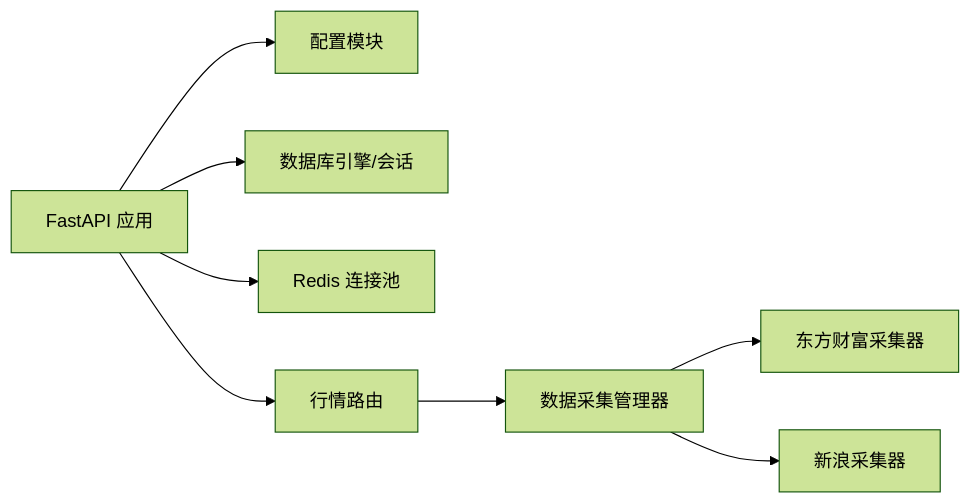
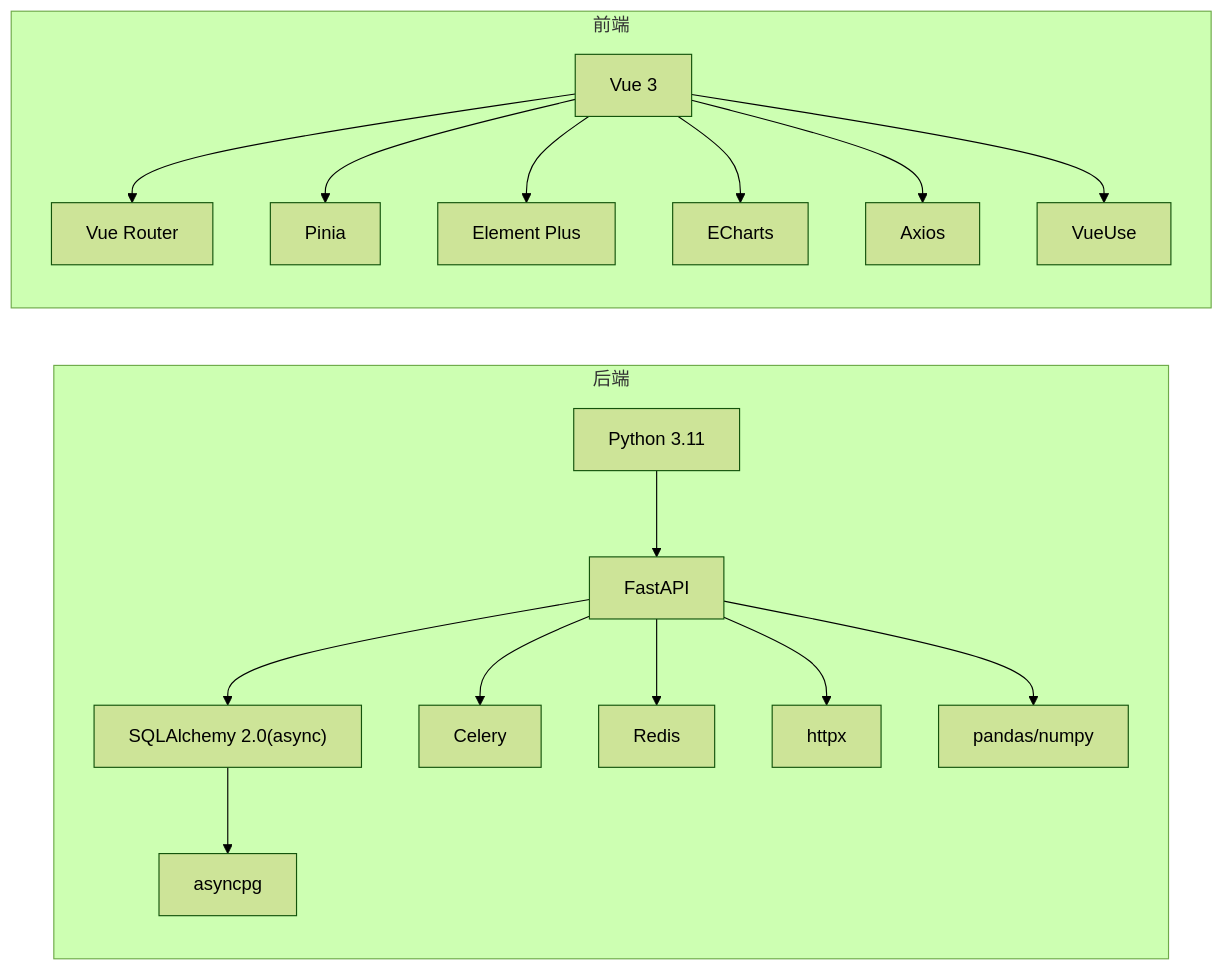
One commit to We3le7/stock-view changed the third of 3 diagrams in .qoder/repowiki/zh/content/快速开始.md. Above: the diagram before and after it, drawn with Mermaid (forest theme). The commit also changed other lines of this file and 142 other files, not shown here.

````diff
--- a/.qoder/repowiki/zh/content/快速开始.md
+++ b/.qoder/repowiki/zh/content/快速开始.md
@@ -230,10 +221,35 @@
 ```mermaid
 graph LR
-FastAPI["FastAPI 应用"] --> Cfg["配置模块"]
-FastAPI --> Db["数据库引擎/会话"]
-FastAPI --> Rd["Redis 连接池"]
-FastAPI --> ApiQuote["行情路由"]
-ApiQuote --> Cm["数据采集管理器"]
-Cm --> Eastmoney["东方财富采集器"]
-Cm --> Sina["新浪采集器"]
+subgraph "后端"
+PY["Python 3.11"]
+FA["FastAPI"]
+SQ["SQLAlchemy 2.0(async)"]
+AP["asyncpg"]
+CE["Celery"]
+RD["Redis"]
+HT["httpx"]
+PD["pandas/numpy"]
+end
+subgraph "前端"
+VN["Vue 3"]
+VR["Vue Router"]
+PN["Pinia"]
+EP["Element Plus"]
+EC["ECharts"]
+AX["Axios"]
+VU["VueUse"]
+end
+PY --> FA
+FA --> SQ
+SQ --> AP
+FA --> CE
+FA --> RD
+FA --> HT
+FA --> PD
+VN --> VR
+VN --> PN
+VN --> EP
+VN --> EC
+VN --> AX
+VN --> VU
 ```
````
